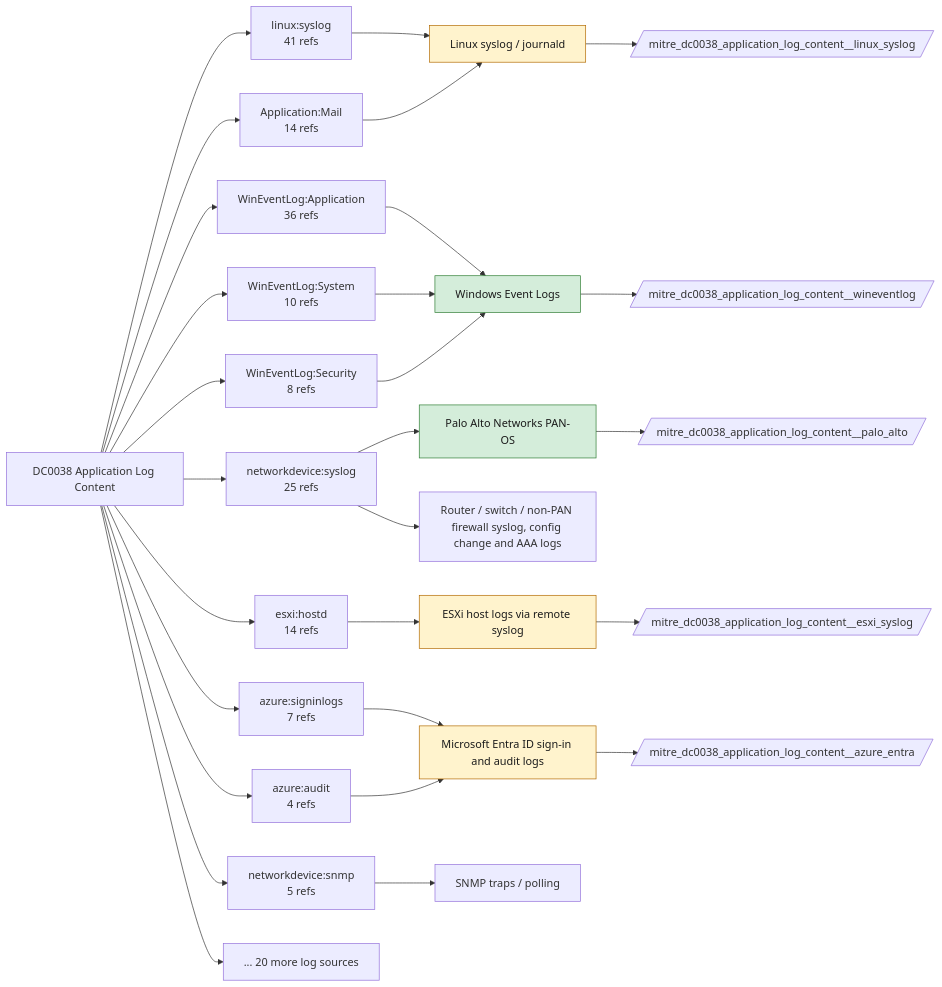
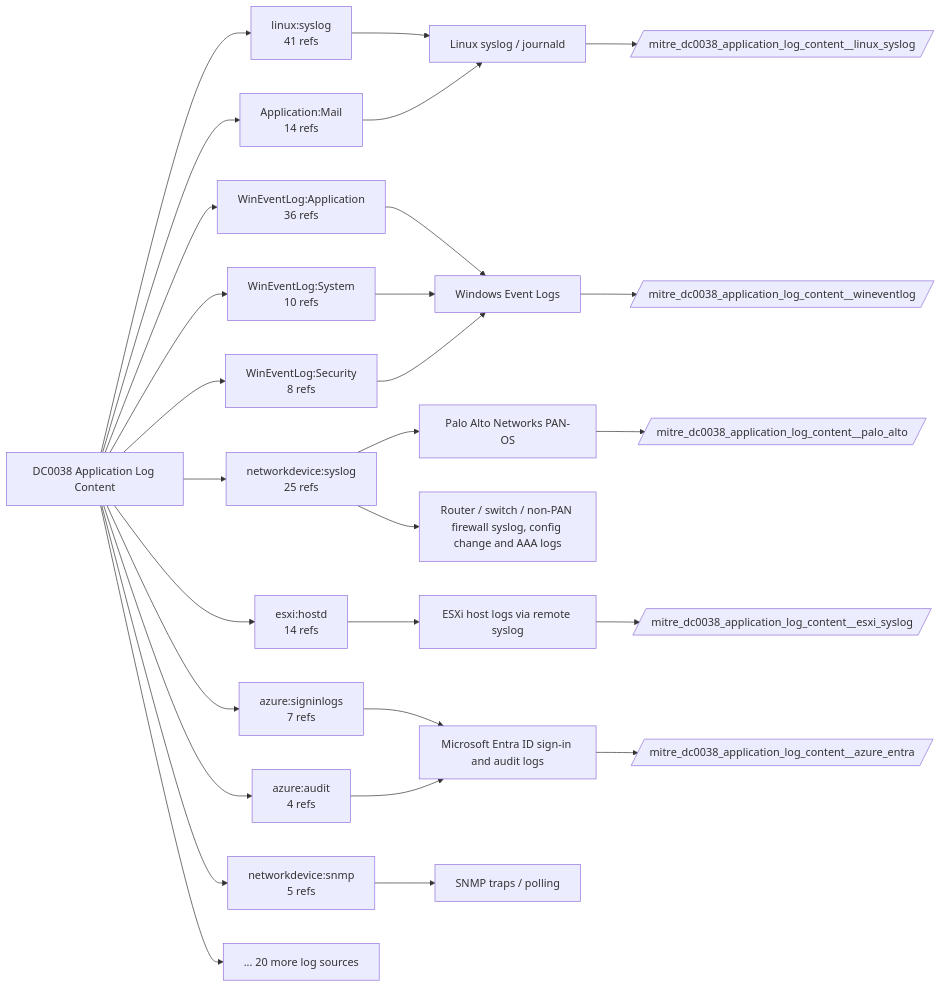
Before and after one commit to dev-nobytes-io/mitre-defensive-mappings-spl: the diagram in docs/data-components/DC0038-application-log-content.md, drawn with Mermaid. The commit also changed other lines of this file and 366 other files, not shown here.

````diff
--- a/docs/data-components/DC0038-application-log-content.md
+++ b/docs/data-components/DC0038-application-log-content.md
@@ -19,45 +19,38 @@
 ```mermaid
 flowchart LR
   DC["DC0038 Application Log Content"]
   DC --> LS0["linux:syslog<br/>41 refs"]
   F_linux_syslog["Linux syslog / journald"]
   LS0 --> F_linux_syslog
   DC --> LS1["WinEventLog:Application<br/>36 refs"]
   F_wineventlog["Windows Event Logs"]
   LS1 --> F_wineventlog
   DC --> LS2["networkdevice:syslog<br/>25 refs"]
   F_palo_alto["Palo Alto Networks PAN-OS"]
   LS2 --> F_palo_alto
   F_netdev_syslog["Router / switch / non-PAN firewall syslog, config change and AAA logs"]
   LS2 --> F_netdev_syslog
   DC --> LS3["Application:Mail<br/>14 refs"]
   LS3 --> F_linux_syslog
   DC --> LS4["esxi:hostd<br/>14 refs"]
   F_esxi_syslog["ESXi host logs via remote syslog"]
   LS4 --> F_esxi_syslog
   DC --> LS5["WinEventLog:System<br/>10 refs"]
   LS5 --> F_wineventlog
   DC --> LS6["WinEventLog:Security<br/>8 refs"]
   LS6 --> F_wineventlog
   DC --> LS7["azure:signinlogs<br/>7 refs"]
   F_azure_entra["Microsoft Entra ID sign-in and audit logs"]
   LS7 --> F_azure_entra
   DC --> LS8["networkdevice:snmp<br/>5 refs"]
   F_snmp["SNMP traps / polling"]
   LS8 --> F_snmp
   DC --> LS9["azure:audit<br/>4 refs"]
   LS9 --> F_azure_entra
   DC --> MORE["... 20 more log sources"]
+  F_azure_entra --> ET_azure_entra[/"mitre_dc0038_application_log_content__azure_entra"/]
+  F_esxi_syslog --> ET_esxi_syslog[/"mitre_dc0038_application_log_content__esxi_syslog"/]
+  F_linux_syslog --> ET_linux_syslog[/"mitre_dc0038_application_log_content__linux_syslog"/]
   F_palo_alto --> ET_palo_alto[/"mitre_dc0038_application_log_content__palo_alto"/]
-  class F_palo_alto live
   F_wineventlog --> ET_wineventlog[/"mitre_dc0038_application_log_content__wineventlog"/]
-  class F_wineventlog live
-  F_azure_entra --> ET_azure_entra[/"mitre_dc0038_application_log_content__azure_entra"/]
-  class F_azure_entra ready
-  F_esxi_syslog --> ET_esxi_syslog[/"mitre_dc0038_application_log_content__esxi_syslog"/]
-  class F_esxi_syslog ready
-  F_linux_syslog --> ET_linux_syslog[/"mitre_dc0038_application_log_content__linux_syslog"/]
-  class F_linux_syslog ready
-  classDef live fill:#d4edda,stroke:#2e7d32,color:#1b1b1b
-  classDef ready fill:#fff3cd,stroke:#b26a00,color:#1b1b1b
 ```
````
